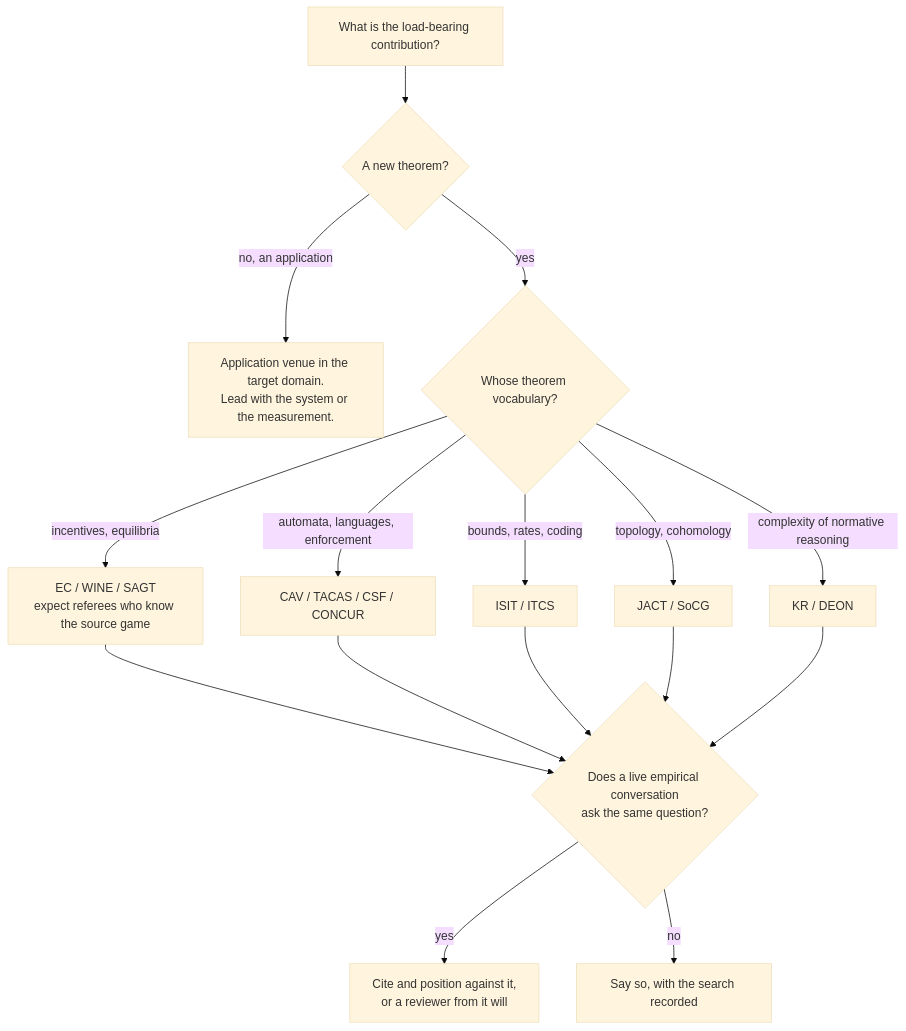
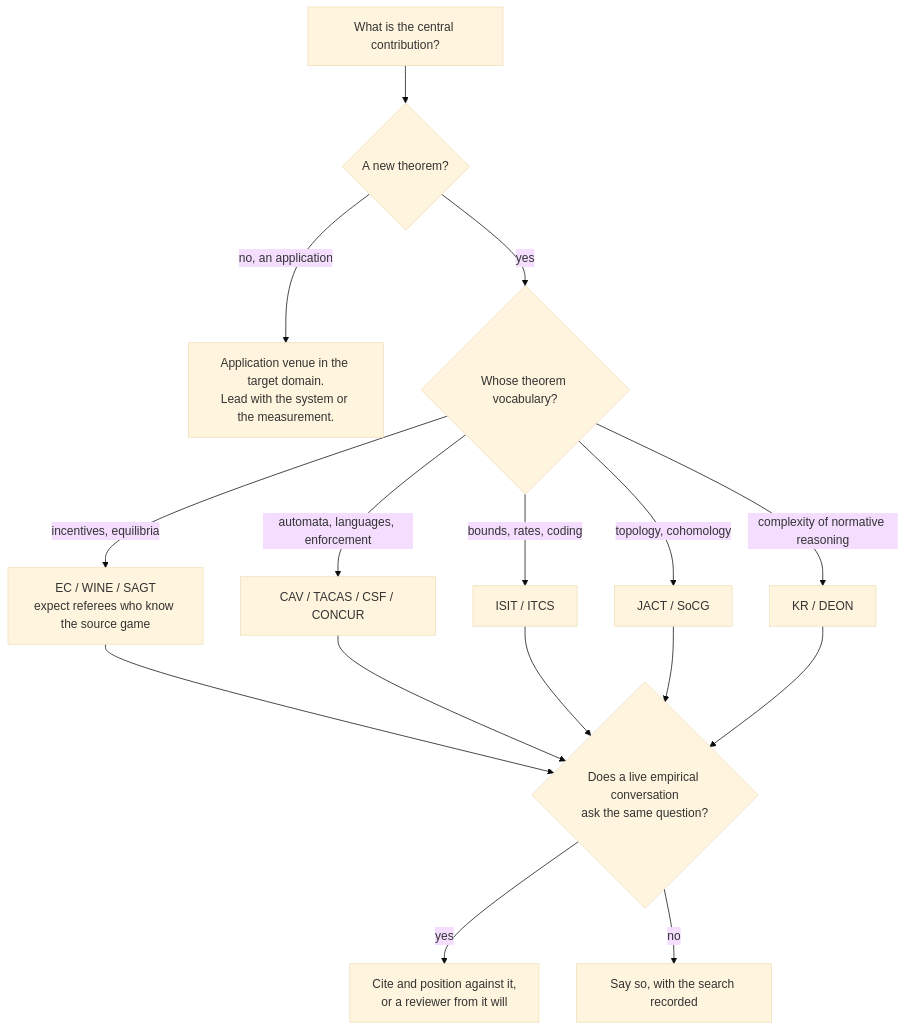
The diagram in skills/research-paper-submission/references/venue-map.md (curiositech/port-daddy), drawn with Mermaid (base theme) before and after one commit. The commit also changed 324 other files, not shown here.

````diff
--- a/skills/research-paper-submission/references/venue-map.md
+++ b/skills/research-paper-submission/references/venue-map.md
@@ -134,18 +134,18 @@
 ```mermaid
 flowchart TD
-  A[What is the load-bearing contribution?] --> B{A new theorem?}
+  A[What is the central contribution?] --> B{A new theorem?}
   B -->|no, an application| C[Application venue in the target domain.<br/>Lead with the system or the measurement.]
   B -->|yes| D{Whose theorem vocabulary?}
   D -->|incentives, equilibria| E[EC / WINE / SAGT<br/>expect referees who know the source game]
   D -->|automata, languages, enforcement| F[CAV / TACAS / CSF / CONCUR]
   D -->|bounds, rates, coding| G[ISIT / ITCS]
   D -->|topology, cohomology| H[JACT / SoCG]
   D -->|complexity of normative reasoning| I[KR / DEON]
   E --> J{Does a live empirical conversation<br/>ask the same question?}
   F --> J
   G --> J
   H --> J
   I --> J
   J -->|yes| K[Cite and position against it,<br/>or a reviewer from it will]
   J -->|no| L[Say so, with the search recorded]
 ```
````
